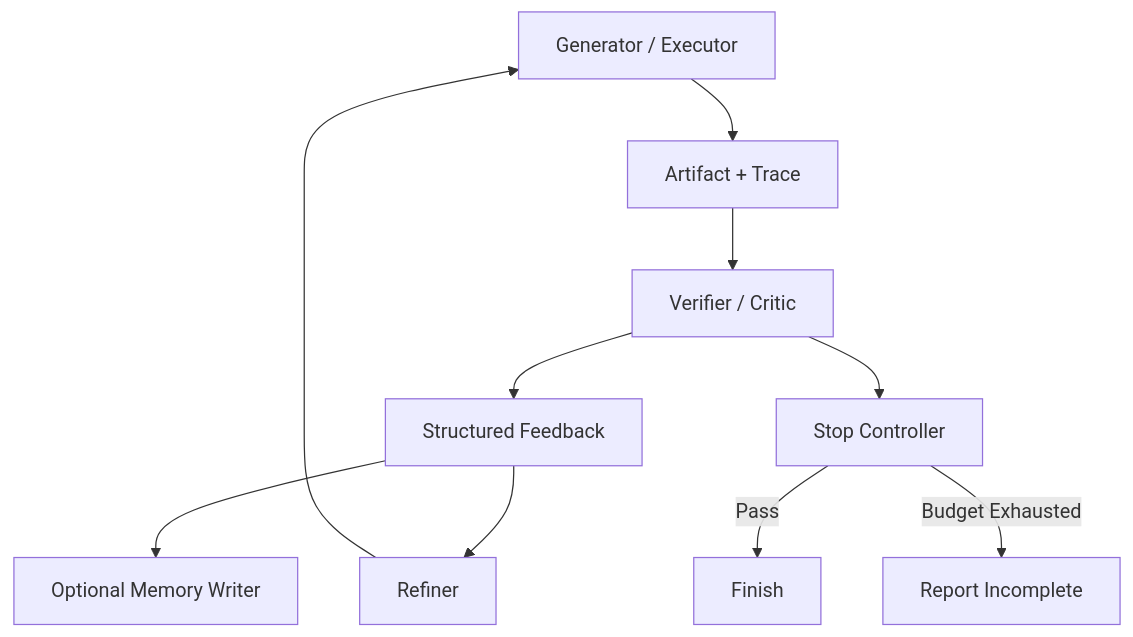
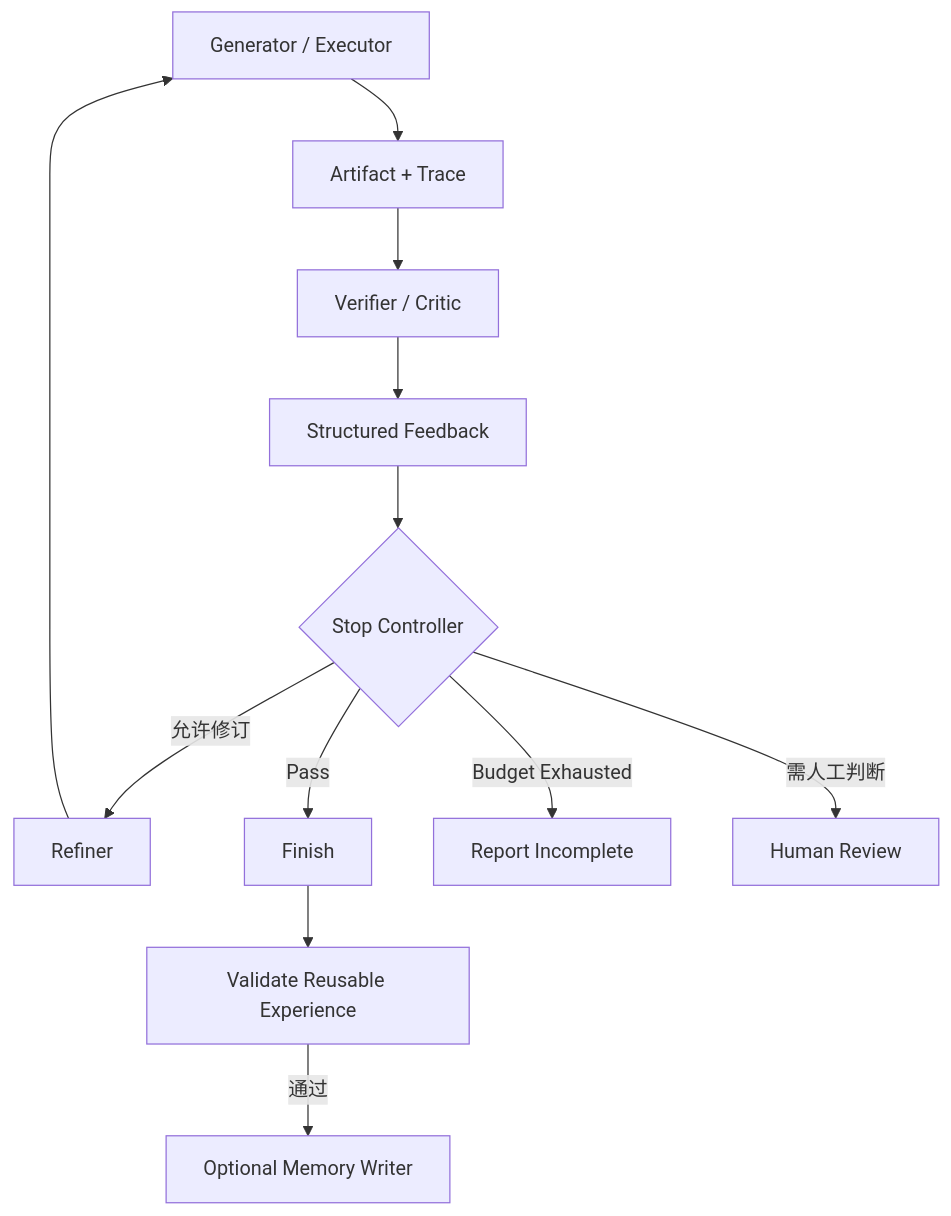
Diagram 12 of 23 in docs/agent/02-reasoning-planning/12-agent-reflection.md (oneleaveknowsthefall/awesome-ai-roadmap), drawn with Mermaid before and after one commit. The commit also changed other lines of this file and 34 other files, not shown here.

````diff
--- a/docs/agent/02-reasoning-planning/12-agent-reflection.md
+++ b/docs/agent/02-reasoning-planning/12-agent-reflection.md
@@ -366,12 +365,14 @@
 ```mermaid
 flowchart TB
     G[Generator / Executor] --> A[Artifact + Trace]
     A --> V[Verifier / Critic]
     V --> F[Structured Feedback]
-    F --> R[Refiner]
+    F --> S{Stop Controller}
+    S -->|允许修订| R[Refiner]
     R --> G
-    V --> S[Stop Controller]
     S -->|Pass| DONE[Finish]
     S -->|Budget Exhausted| PARTIAL[Report Incomplete]
-    F --> MW[Optional Memory Writer]
+    S -->|需人工判断| HUMAN[Human Review]
+    DONE --> MV[Validate Reusable Experience]
+    MV -->|通过| MW[Optional Memory Writer]
 ```
````
